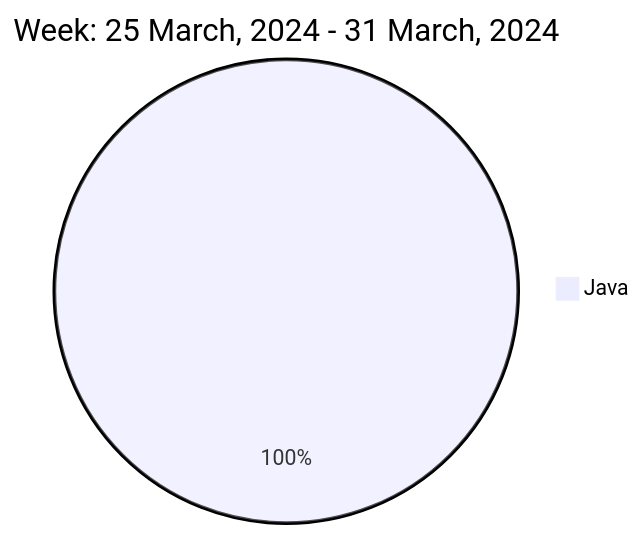
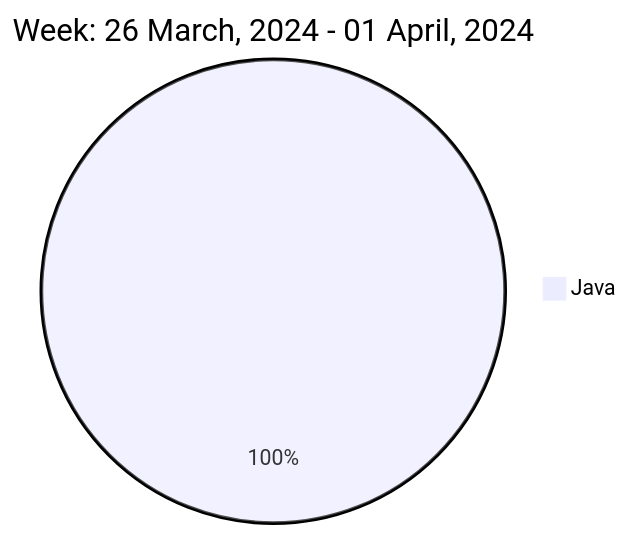
One commit to liubin95/liubin95 changed the diagram in README.md. Above: the diagram before and after it, drawn with Mermaid.

Commit message:
Updated the Graph with new Metrics

````diff
--- a/README.md
+++ b/README.md
@@ -37,5 +37,5 @@
 ```mermaid
  pie
-title Week: 25 March, 2024 - 31 March, 2024
- "Java" : 4.73
+title Week: 26 March, 2024 - 01 April, 2024
+ "Java" : 3.47
 ```
````
